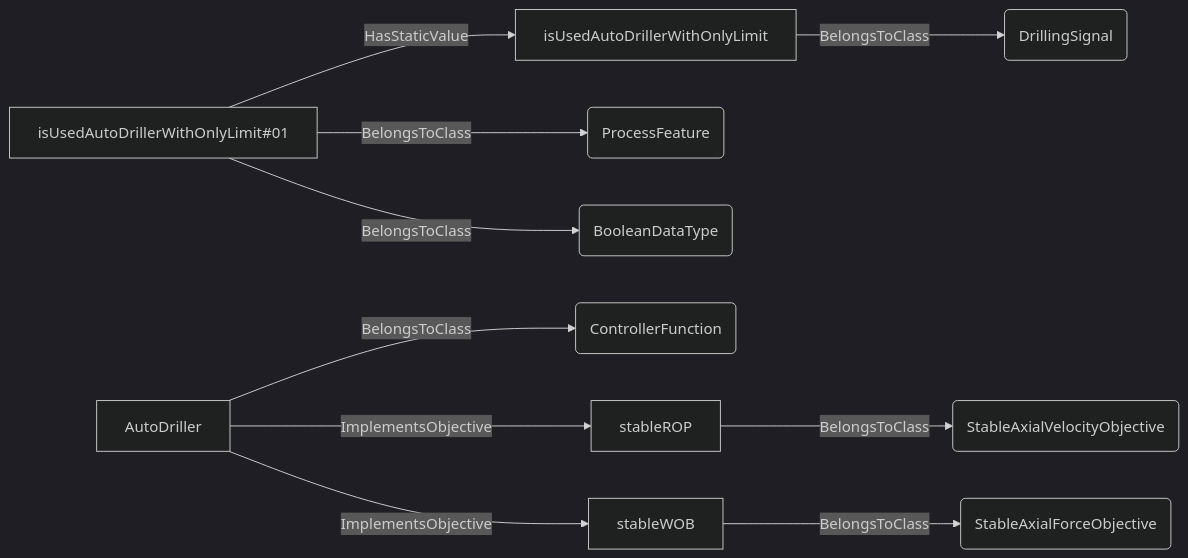
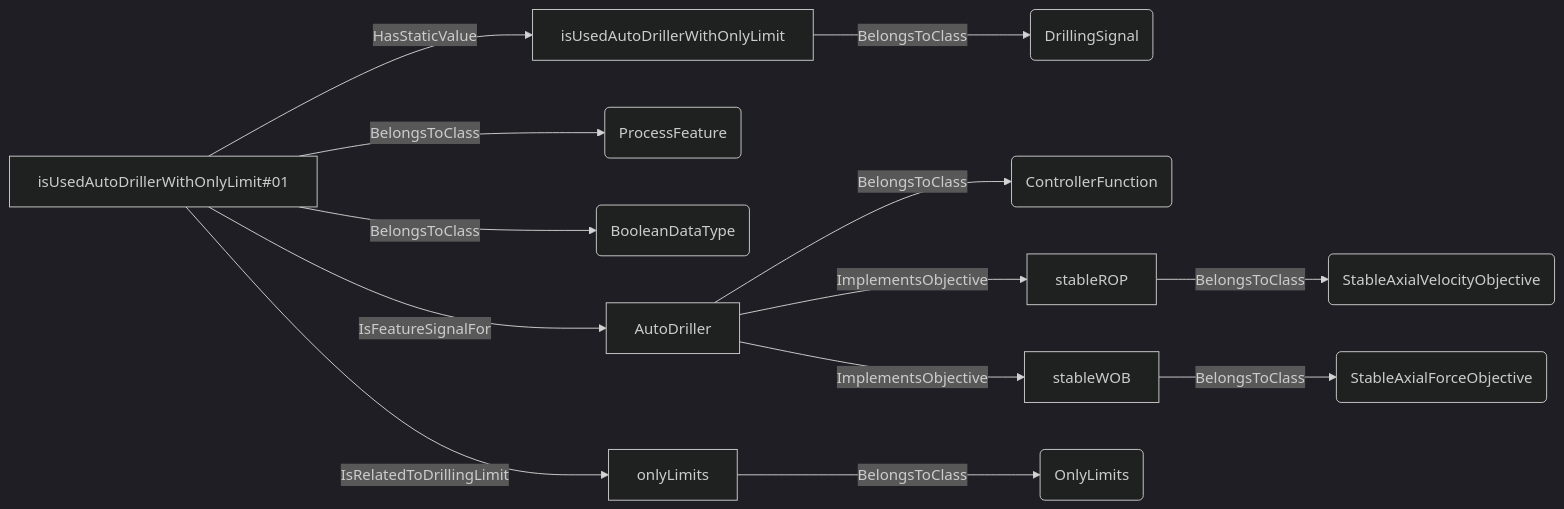
One commit to D-WIS/DDHub-Semantic-Interoperability changed the second of 4 diagrams in docs/vocabulary_development/auto-generated/md/definition-files/DrillingDataSemantics.md. Above: the diagram before and after it, drawn with Mermaid (dark theme). The commit also changed other lines of this file and 13 other files, not shown here.

````diff
--- a/docs/vocabulary_development/auto-generated/md/definition-files/DrillingDataSemantics.md
+++ b/docs/vocabulary_development/auto-generated/md/definition-files/DrillingDataSemantics.md
@@ -117,12 +120,15 @@
 ```mermaid
 graph LR
 	N0000[isUsedAutoDrillerWithOnlyLimit] -->|BelongsToClass| N0001(DrillingSignal) 
 	N0002[isUsedAutoDrillerWithOnlyLimit#01] -->|BelongsToClass| N0003(ProcessFeature) 
 	N0002[isUsedAutoDrillerWithOnlyLimit#01] -->|BelongsToClass| N0004(BooleanDataType) 
 	N0002[isUsedAutoDrillerWithOnlyLimit#01] -->|HasStaticValue| N0000[isUsedAutoDrillerWithOnlyLimit] 
 	N0005[AutoDriller] -->|BelongsToClass| N0006(ControllerFunction) 
 	N0007[stableROP] -->|BelongsToClass| N0008(StableAxialVelocityObjective) 
 	N0009[stableWOB] -->|BelongsToClass| N0010(StableAxialForceObjective) 
 	N0005[AutoDriller] -->|ImplementsObjective| N0007[stableROP] 
 	N0005[AutoDriller] -->|ImplementsObjective| N0009[stableWOB] 
+	N0002[isUsedAutoDrillerWithOnlyLimit#01] -->|IsFeatureSignalFor| N0005[AutoDriller] 
+	N0011[onlyLimits] -->|BelongsToClass| N0012(OnlyLimits) 
+	N0002[isUsedAutoDrillerWithOnlyLimit#01] -->|IsRelatedToDrillingLimit| N0011[onlyLimits] 
 ```
````
